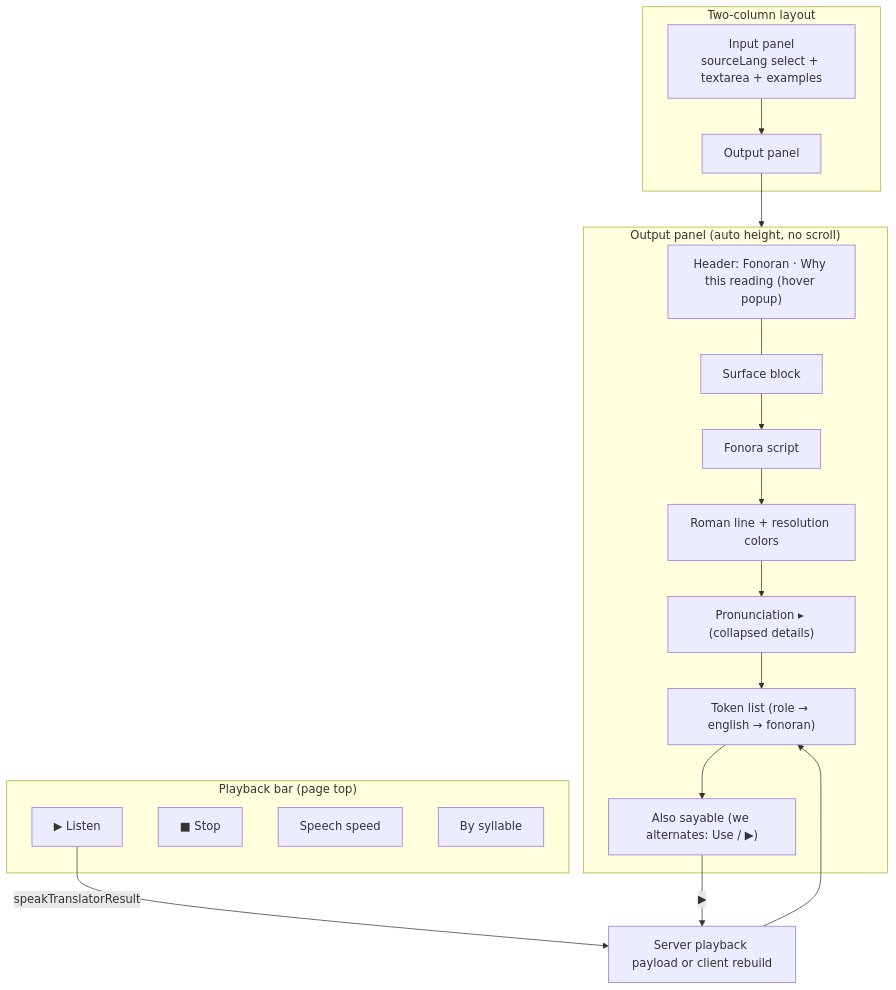
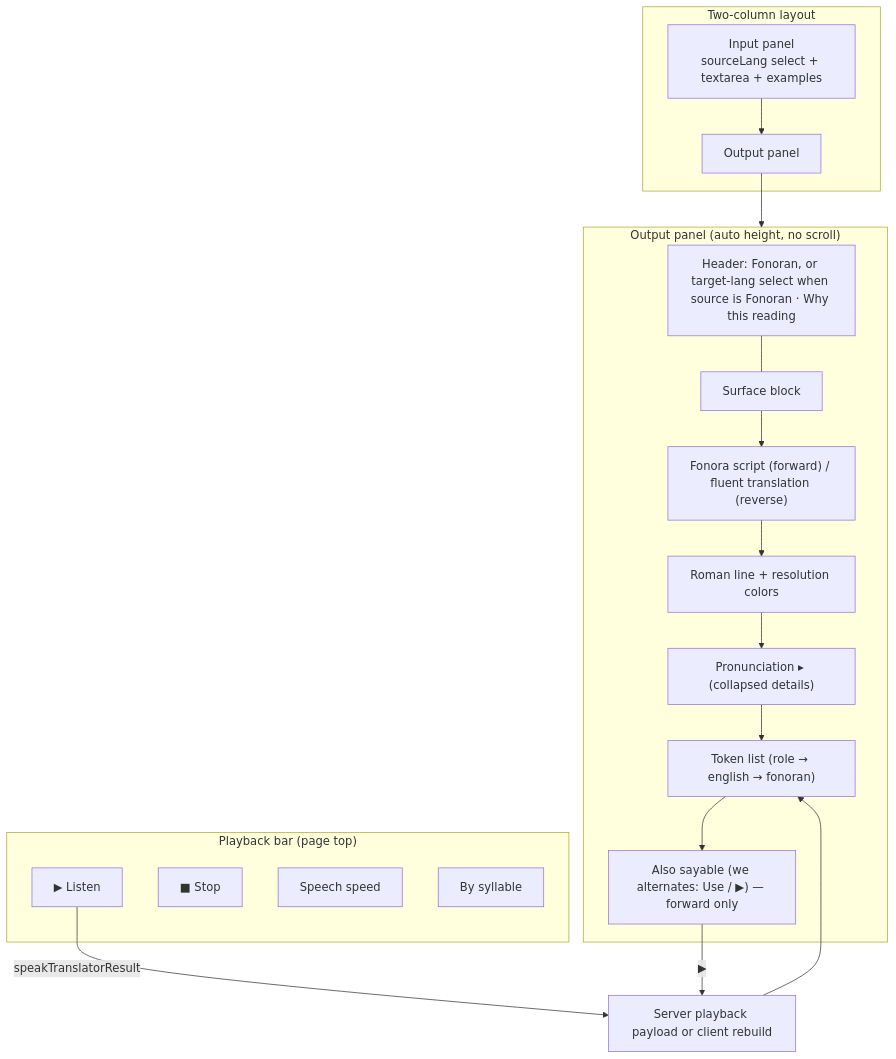
The third of 3 diagrams in docs/fonoran-translator.md (Fonora/fonora), drawn with Mermaid before and after one commit. The commit also changed other lines of this file and 23 other files, not shown here.

First line of the commit message:
Harden Fonoran translation structure and respell one away from fa.

````diff
--- a/docs/fonoran-translator.md
+++ b/docs/fonoran-translator.md
@@ -118,32 +120,32 @@
 ```mermaid
 flowchart TB
   subgraph Layout["Two-column layout"]
     LEFT["Input panel<br/>sourceLang select + textarea + examples"]
     RIGHT["Output panel"]
   end
 
   subgraph OutputPanel["Output panel (auto height, no scroll)"]
-    HDR["Header: Fonoran · Why this reading (hover popup)"]
+    HDR["Header: Fonoran, or target-lang select when source is Fonoran · Why this reading"]
     SURF["Surface block"]
-    SCRIPT["Fonora script"]
+    SCRIPT["Fonora script (forward) / fluent translation (reverse)"]
     ROMAN["Roman line + resolution colors"]
     PRON["Pronunciation ▸ (collapsed details)"]
     TOK["Token list (role → english → fonoran)"]
-    ALT2["Also sayable (we alternates: Use / ▶)"]
+    ALT2["Also sayable (we alternates: Use / ▶) — forward only"]
     HDR --- SURF
     SURF --> SCRIPT --> ROMAN --> PRON --> TOK --> ALT2
   end
 
   subgraph Playback["Playback bar (page top)"]
     LISTEN["▶ Listen"]
     STOP["■ Stop"]
     SPD["Speech speed"]
     SYL["By syllable"]
   end
 
   LEFT --> RIGHT
   RIGHT --> OutputPanel
   LISTEN -->|speakTranslatorResult| PB2["Server playback payload or client rebuild"]
   PB2 --> TOK
   ALT2 -->|▶| PB2
 ```
````
